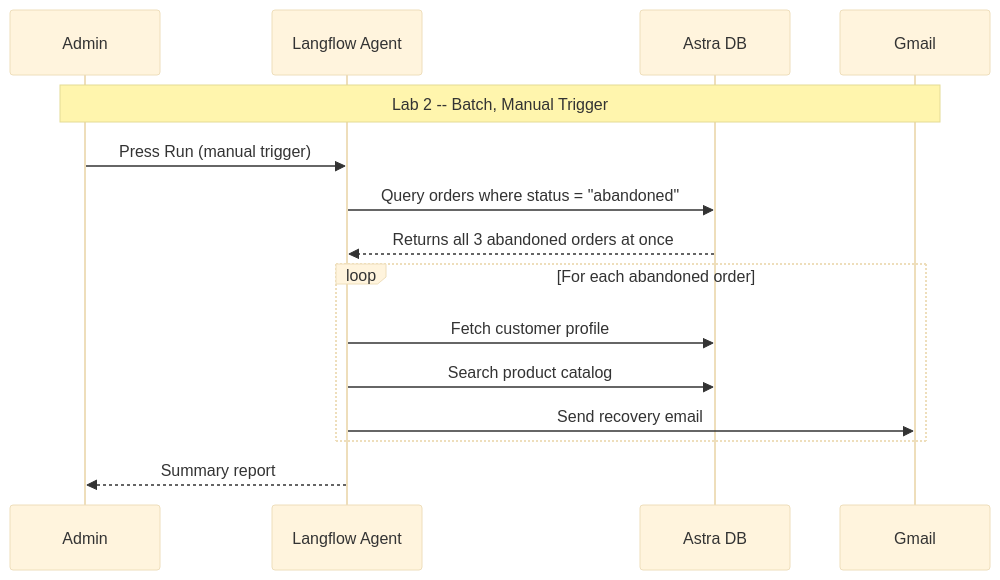
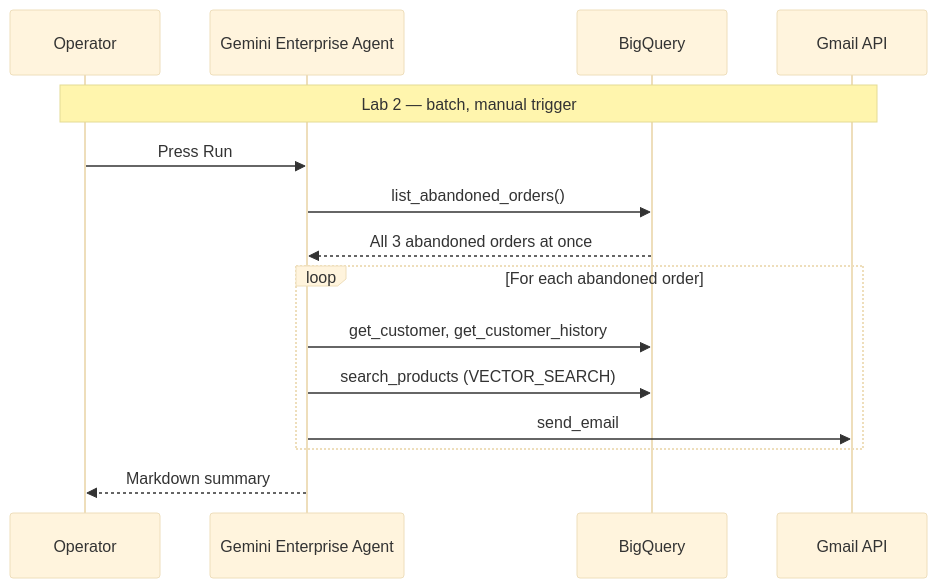
Before and after one commit to dambor/workshop-platform: the second of 11 diagrams in public/workshops/workshop-retail.md, drawn with Mermaid (base theme). The commit also changed other lines of this file and 150 other files, not shown here.

````diff
--- a/public/workshops/workshop-retail.md
+++ b/public/workshops/workshop-retail.md
@@ -584,19 +711,19 @@
 ```mermaid
 sequenceDiagram
-    participant Admin as Admin
-    participant LF as Langflow Agent
-    participant ADB as Astra DB
-    participant Gmail as Gmail 
+    participant Admin as Operator
+    participant Agent as Gemini Enterprise Agent
+    participant BQ as BigQuery
+    participant Gmail as Gmail API
 
-    Note over Admin,Gmail: Lab 2 -- Batch, Manual Trigger
+    Note over Admin,Gmail: Lab 2 — batch, manual trigger
 
-    Admin->>LF: Press Run (manual trigger)
-    LF->>ADB: Query orders where status = "abandoned"
-    ADB-->>LF: Returns all 3 abandoned orders at once
+    Admin->>Agent: Press Run
+    Agent->>BQ: list_abandoned_orders()
+    BQ-->>Agent: All 3 abandoned orders at once
     loop For each abandoned order
-        LF->>ADB: Fetch customer profile
-        LF->>ADB: Search product catalog
-        LF->>Gmail: Send recovery email
+        Agent->>BQ: get_customer, get_customer_history
+        Agent->>BQ: search_products (VECTOR_SEARCH)
+        Agent->>Gmail: send_email
     end
-    LF-->>Admin: Summary report
+    Agent-->>Admin: Markdown summary
 ```
````
